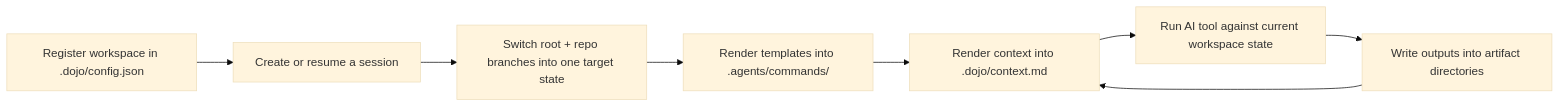
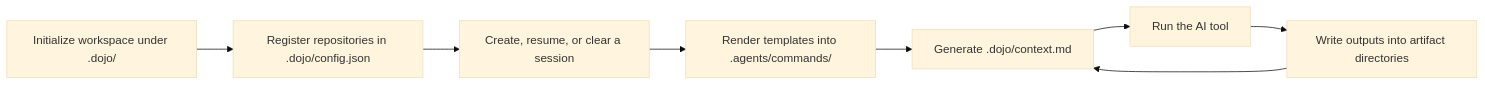
The diagram in README.md (whatmele/dojo), drawn with Mermaid (base theme) before and after one commit. The commit also changed other lines of this file and 38 other files, not shown here.

Commit message:
feat: simplify dojo into session runtime mvp

````diff
--- a/README.md
+++ b/README.md
@@ -139,10 +131,10 @@
 ```mermaid
 flowchart LR
-    A["Register workspace in .dojo/config.json"] --> B["Create or resume a session"]
-    B --> C["Switch root + repo branches into one target state"]
+    A["Initialize workspace under .dojo/"] --> B["Register repositories in .dojo/config.json"]
+    B --> C["Create, resume, or clear a session"]
     C --> D["Render templates into .agents/commands/"]
-    D --> E["Render context into .dojo/context.md"]
-    E --> F["Run AI tool against current workspace state"]
+    D --> E["Generate .dojo/context.md"]
+    E --> F["Run the AI tool"]
     F --> G["Write outputs into artifact directories"]
     G --> E
 ```
````
